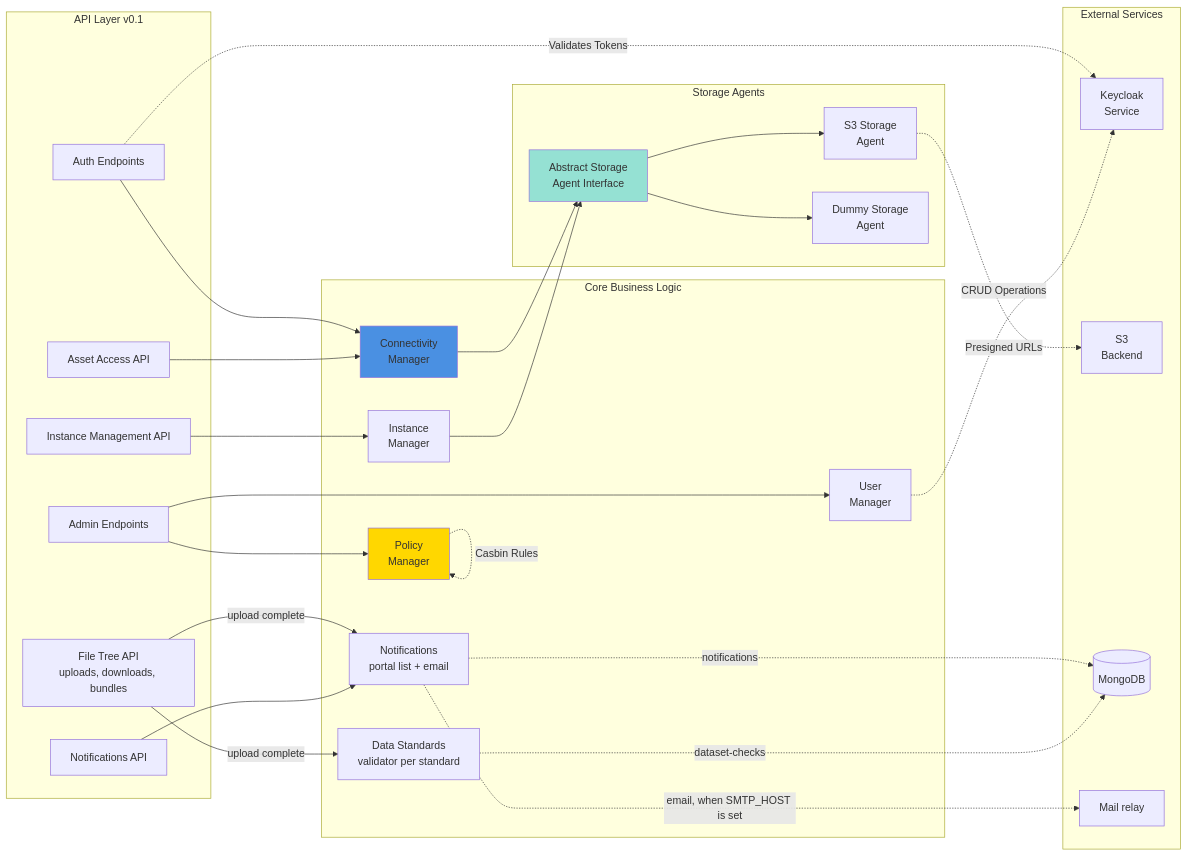
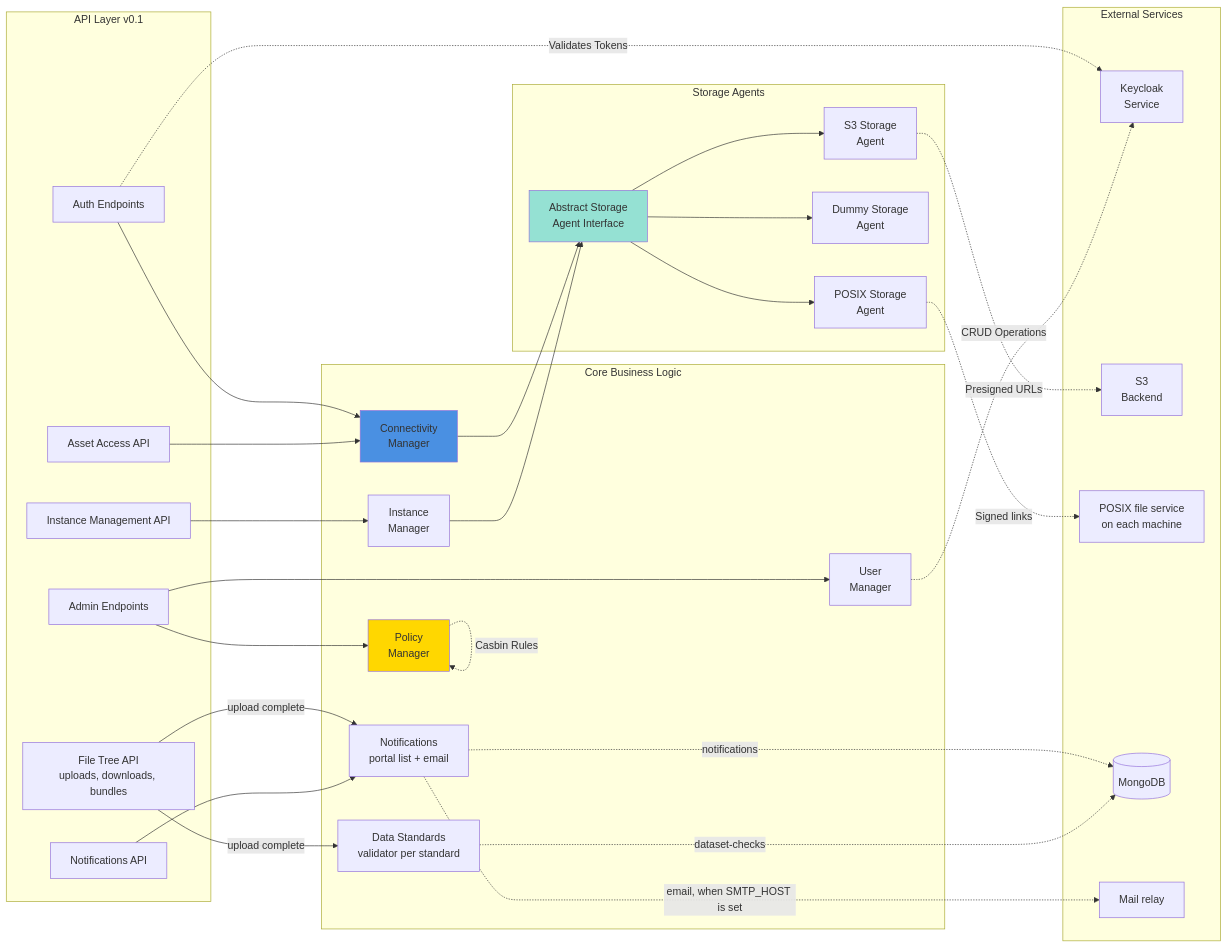
One commit to pmahon3/Data-Portal changed the second of 4 diagrams in docs/diagrams/component-architecture.md. Above: the diagram before and after it, drawn with Mermaid. The commit also changed 10 other files, not shown here.

````diff
--- a/docs/diagrams/component-architecture.md
+++ b/docs/diagrams/component-architecture.md
@@ -63,59 +63,63 @@
 ```mermaid
 graph LR
     subgraph "API Layer v0.1"
         AuthAPI[Auth Endpoints]
         AssetAPI[Asset Access API]
         AdminAPI[Admin Endpoints]
         InstanceAPI[Instance Management API]
         TreeAPI[File Tree API<br/>uploads, downloads, bundles]
         NotifyAPI[Notifications API]
     end
 
     subgraph "Core Business Logic"
         ConnMgr[Connectivity<br/>Manager]
         PolicyMgr[Policy<br/>Manager]
         InstanceMgr[Instance<br/>Manager]
         UserMgr[User<br/>Manager]
         Notify[Notifications<br/>portal list + email]
         Standards[Data Standards<br/>validator per standard]
     end
 
     subgraph "Storage Agents"
         S3Agent[S3 Storage<br/>Agent]
         DummyAgent[Dummy Storage<br/>Agent]
+        PosixAgent[POSIX Storage<br/>Agent]
         AbstractAgent[Abstract Storage<br/>Agent Interface]
     end
 
     subgraph "External Services"
         KeycloakSvc[Keycloak<br/>Service]
         S3Backend[S3<br/>Backend]
+        FileService[POSIX file service<br/>on each machine]
         Mongo[(MongoDB)]
         Relay[Mail relay]
     end
 
     AuthAPI --> ConnMgr
     AssetAPI --> ConnMgr
     AdminAPI --> PolicyMgr
     AdminAPI --> UserMgr
     InstanceAPI --> InstanceMgr
     TreeAPI -->|upload complete| Notify
     TreeAPI -->|upload complete| Standards
     NotifyAPI --> Notify
 
     ConnMgr --> AbstractAgent
     InstanceMgr --> AbstractAgent
     AbstractAgent --> S3Agent
     AbstractAgent --> DummyAgent
+    AbstractAgent --> PosixAgent
 
     AuthAPI -.->|Validates Tokens| KeycloakSvc
     PolicyMgr -.->|Casbin Rules| PolicyMgr
     UserMgr -.->|CRUD Operations| KeycloakSvc
     S3Agent -.->|Presigned URLs| S3Backend
+    PosixAgent -.->|Signed links| FileService
     Notify -.->|notifications| Mongo
     Notify -.->|email, when SMTP_HOST is set| Relay
     Standards -.->|dataset-checks| Mongo
 
     style ConnMgr fill:#4A90E2
     style PolicyMgr fill:#FFD700
     style AbstractAgent fill:#95E1D3
 ```
````
